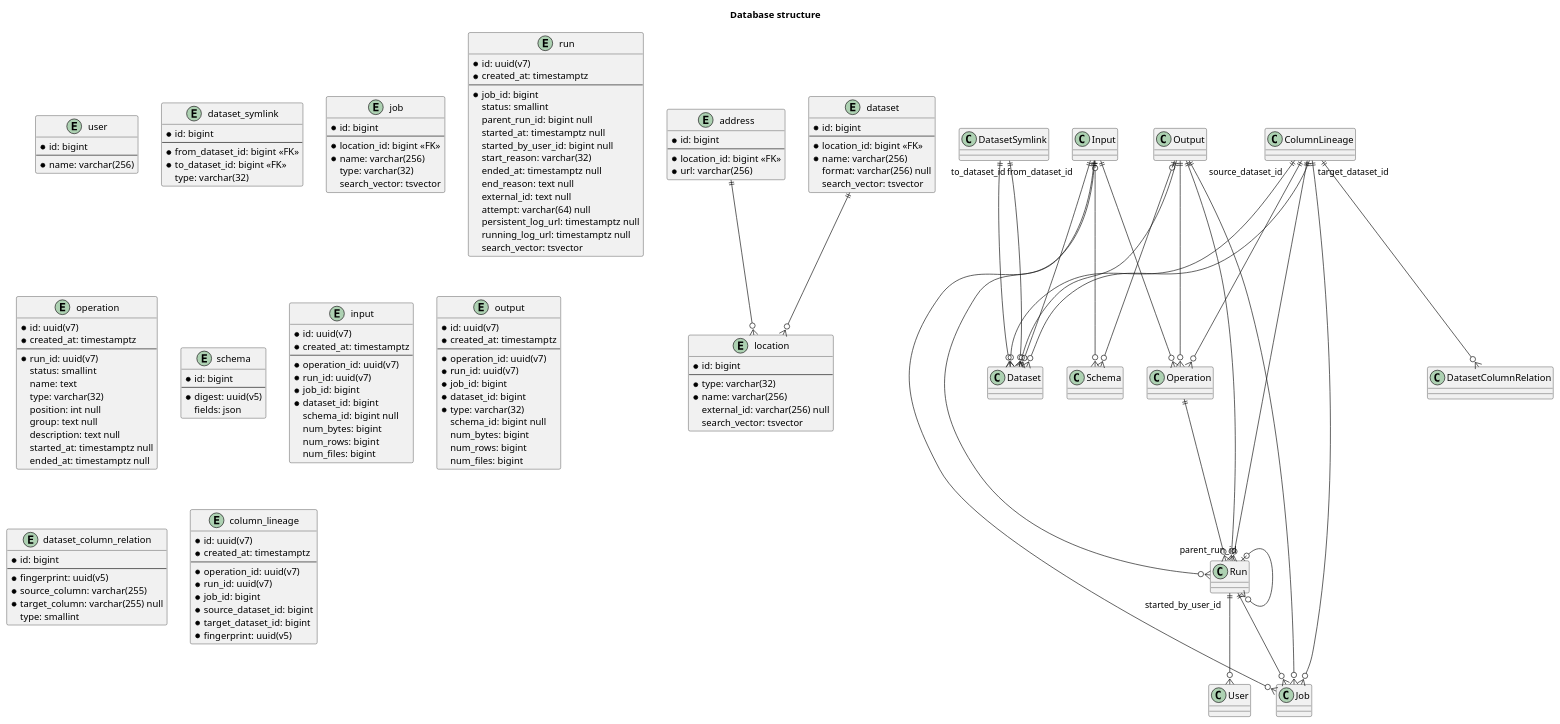
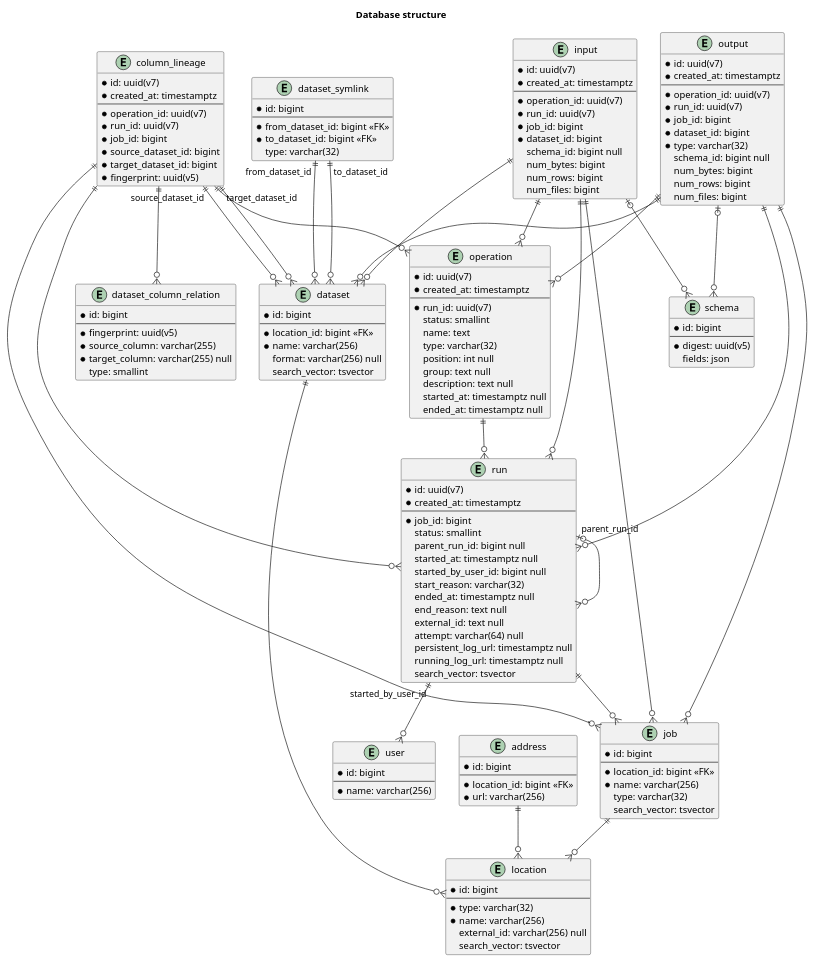
The diagram in docs/reference/database/structure.rst (MobileTeleSystems/data-rentgen), drawn with PlantUML before and after one commit.

Commit message:
[DOP-23620] Fix database structure docs

```diff
--- a/docs/reference/database/structure.rst
+++ b/docs/reference/database/structure.rst
@@ -152,33 +152,34 @@
     address ||--o{ location
 
     dataset ||--o{ location
+    job ||--o{ location
 
-    DatasetSymlink "from_dataset_id" ||--o{ Dataset
-    DatasetSymlink "to_dataset_id" ||--o{ Dataset
+    dataset_symlink "from_dataset_id" ||--o{ dataset
+    dataset_symlink "to_dataset_id" ||--o{ dataset
 
-    Run ||--o{ Job
-    Run "started_by_user_id" ||--o{ User
-    Run "parent_run_id" |o--o{ Run
+    run ||--o{ job
+    run "started_by_user_id" ||--o{ user
+    run "parent_run_id" |o--o{ run
 
-    Operation ||--o{ Run
+    operation ||--o{ run
 
-    Input ||--o{ Operation
-    Input ||--o{ Run
-    Input ||--o{ Job
-    Input ||--o{ Dataset
-    Input |o--o{ Schema
+    input ||--o{ operation
+    input ||--o{ run
+    input ||--o{ job
+    input ||--o{ dataset
+    input |o--o{ schema
 
-    Output ||--o{ Operation
-    Output ||--o{ Run
-    Output ||--o{ Job
-    Output ||--o{ Dataset
-    Output |o--o{ Schema
+    output ||--o{ operation
+    output ||--o{ run
+    output ||--o{ job
+    output ||--o{ dataset
+    output |o--o{ schema
 
-    ColumnLineage ||--o{ Operation
-    ColumnLineage ||--o{ Run
-    ColumnLineage ||--o{ Job
-    ColumnLineage "source_dataset_id" ||--o{ Dataset
-    ColumnLineage "target_dataset_id" ||--o{ Dataset
-    ColumnLineage ||--o{ DatasetColumnRelation
+    column_lineage ||--o{ operation
+    column_lineage ||--o{ run
+    column_lineage ||--o{ job
+    column_lineage "source_dataset_id" ||--o{ dataset
+    column_lineage "target_dataset_id" ||--o{ dataset
+    column_lineage ||--o{ dataset_column_relation
 
     @enduml
```
